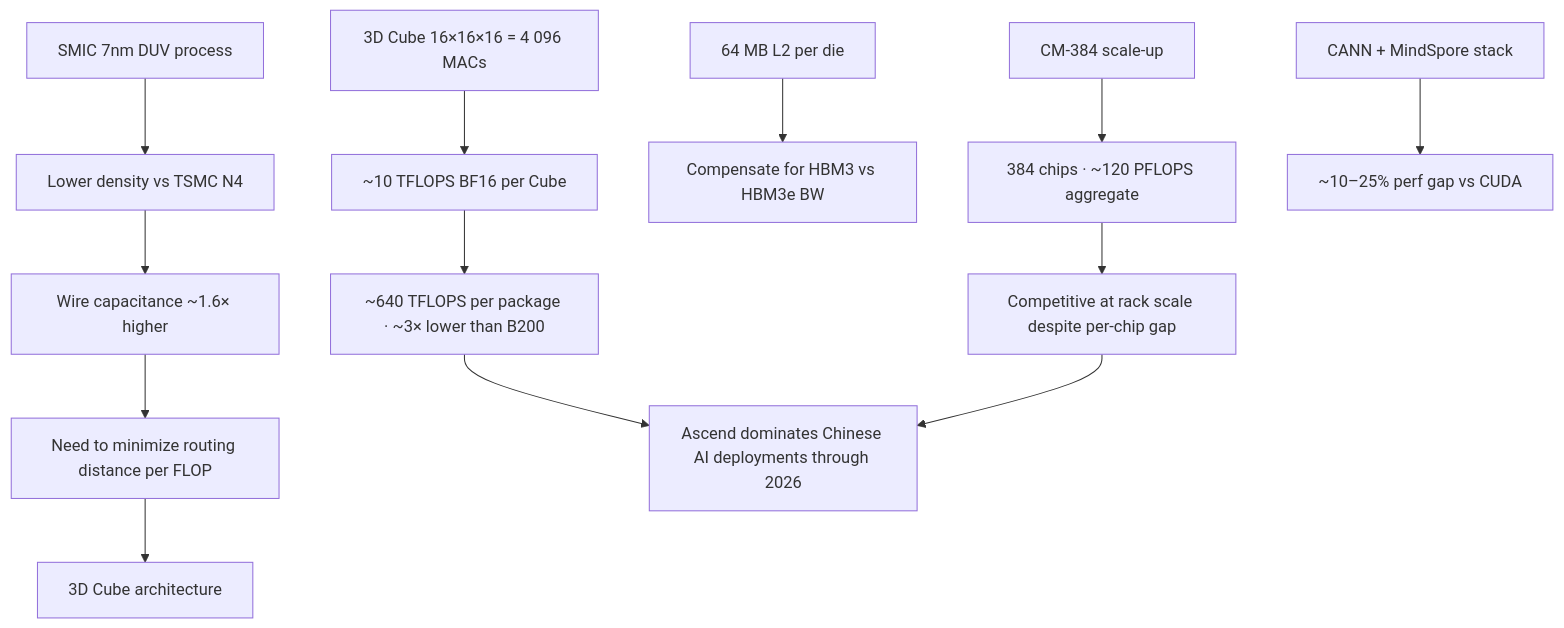
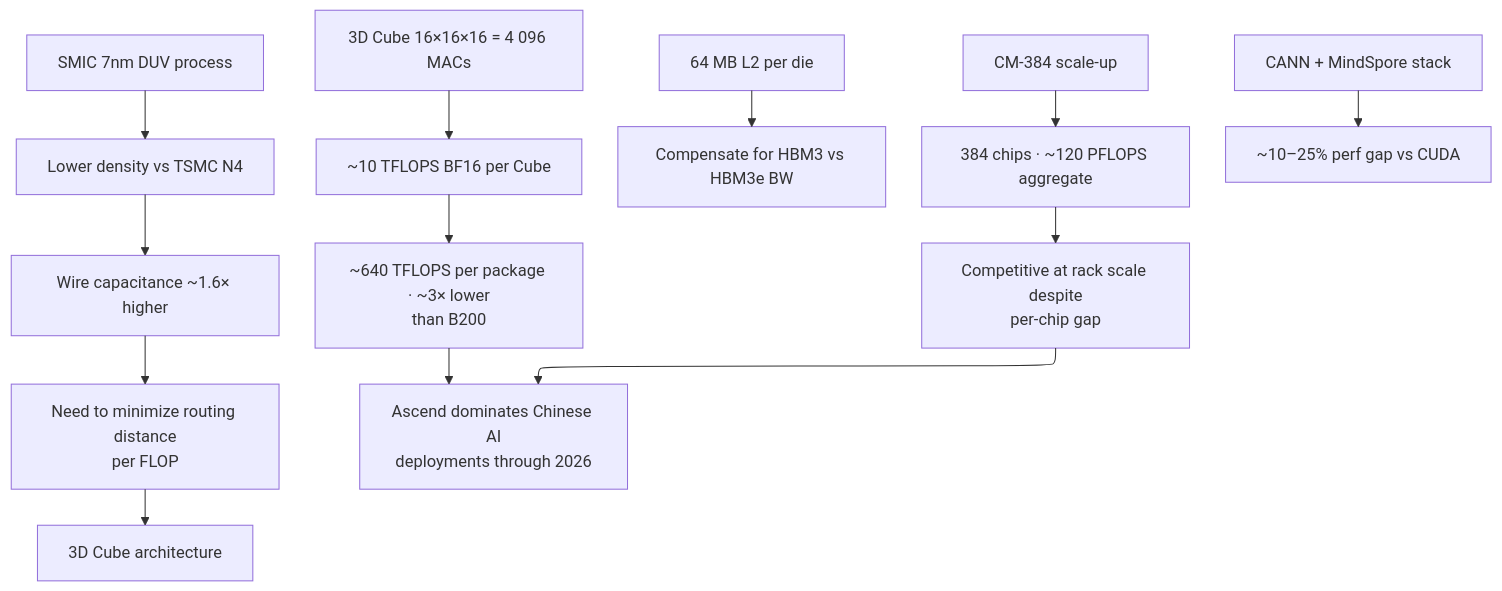
The third of 3 diagrams in ai_infra/L3_Microarchitecture/Huawei_Ascend.md (Wty2003328/ai_infra_intro), drawn with Mermaid before and after one commit. The commit also changed other lines of this file and 108 other files, not shown here.

````diff
--- a/ai_infra/L3_Microarchitecture/Huawei_Ascend.md
+++ b/ai_infra/L3_Microarchitecture/Huawei_Ascend.md
@@ -192,19 +194,20 @@
 ```mermaid
+%%{init: {"flowchart": {"defaultRenderer": "elk", "nodeSpacing": 60, "rankSpacing": 60, "htmlLabels": false}}}%%
 flowchart TD
     A[SMIC 7nm DUV process] --> B[Lower density vs TSMC N4]
     B --> C[Wire capacitance ~1.6× higher]
-    C --> D[Need to minimize routing distance per FLOP]
+    C --> D[Need to minimize routing distance<br/>per FLOP]
     D --> E[3D Cube architecture]
 
     F[3D Cube 16×16×16 = 4 096 MACs] --> G[~10 TFLOPS BF16 per Cube]
-    G --> H[~640 TFLOPS per package · ~3× lower than B200]
+    G --> H[~640 TFLOPS per package · ~3× lower<br/>than B200]
 
     I[64 MB L2 per die] --> J[Compensate for HBM3 vs HBM3e BW]
 
     K[CM-384 scale-up] --> L[384 chips · ~120 PFLOPS aggregate]
-    L --> M[Competitive at rack scale despite per-chip gap]
+    L --> M[Competitive at rack scale despite<br/>per-chip gap]
 
     N[CANN + MindSpore stack] --> O[~10–25% perf gap vs CUDA]
 
-    H & M --> P[Ascend dominates Chinese AI deployments through 2026]
+    H & M --> P[Ascend dominates Chinese AI<br/>deployments through 2026]
 ```
````
